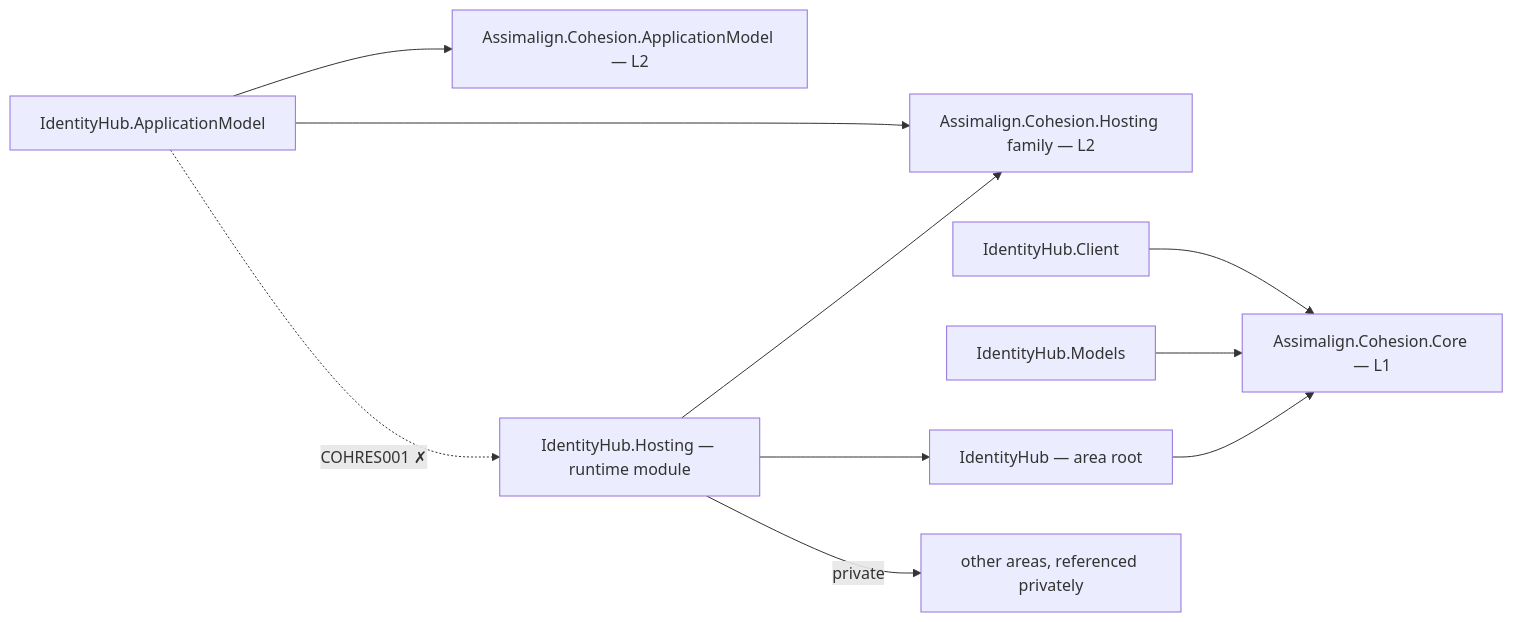
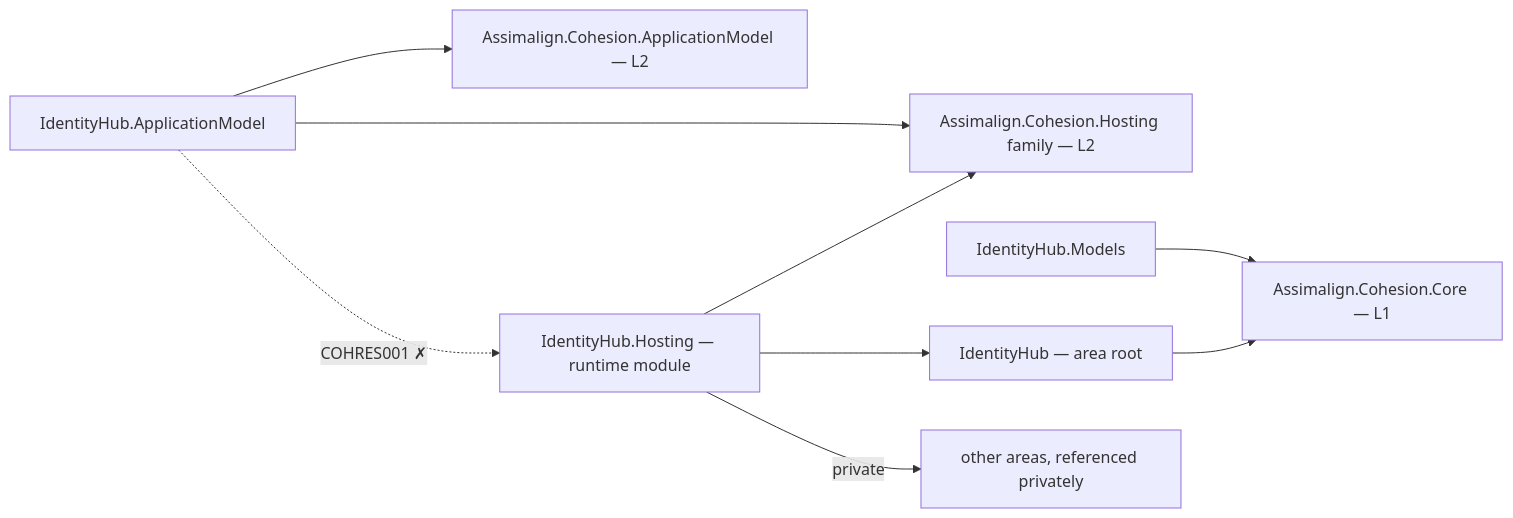
Before and after one commit to assimalign/cohesion: the diagram in resources/IdentityHub/README.md, drawn with Mermaid. The commit also changed other lines of this file and 599 other files, not shown here.

````diff
--- a/resources/IdentityHub/README.md
+++ b/resources/IdentityHub/README.md
@@ -12,21 +12,19 @@
 ```mermaid
 flowchart LR
     P0["IdentityHub — area root"]
     P1["IdentityHub.ApplicationModel"]
-    P2["IdentityHub.Client"]
     P3["IdentityHub.Hosting — runtime module"]
     P4["IdentityHub.Models"]
     CORE["Assimalign.Cohesion.Core — L1"]
     HOSTFAM["Assimalign.Cohesion.Hosting family — L2"]
     APPMODEL["Assimalign.Cohesion.ApplicationModel — L2"]
     PRIV["other areas, referenced privately"]
     P0 --> CORE
     P1 --> APPMODEL
     P1 --> HOSTFAM
-    P2 --> CORE
     P3 --> HOSTFAM
     P3 --> P0
     P3 -->|"private"| PRIV
     P4 --> CORE
     P1 -.->|"COHRES001 ✗"| P3
 ```
````
